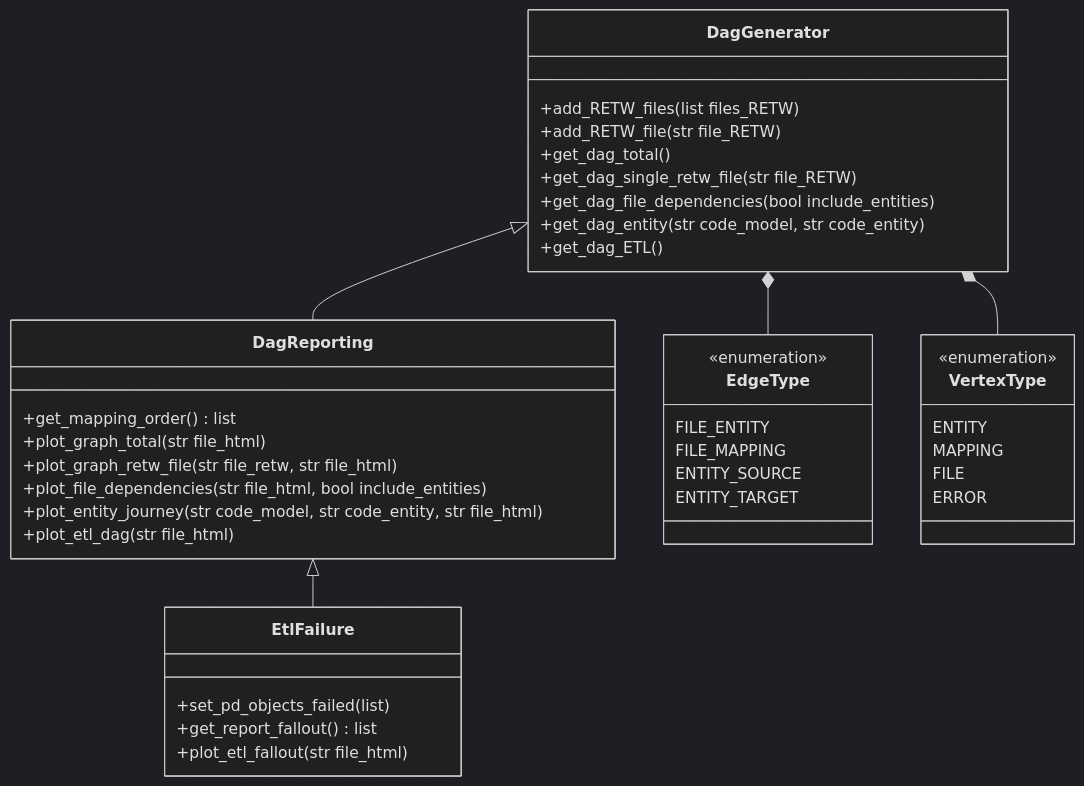
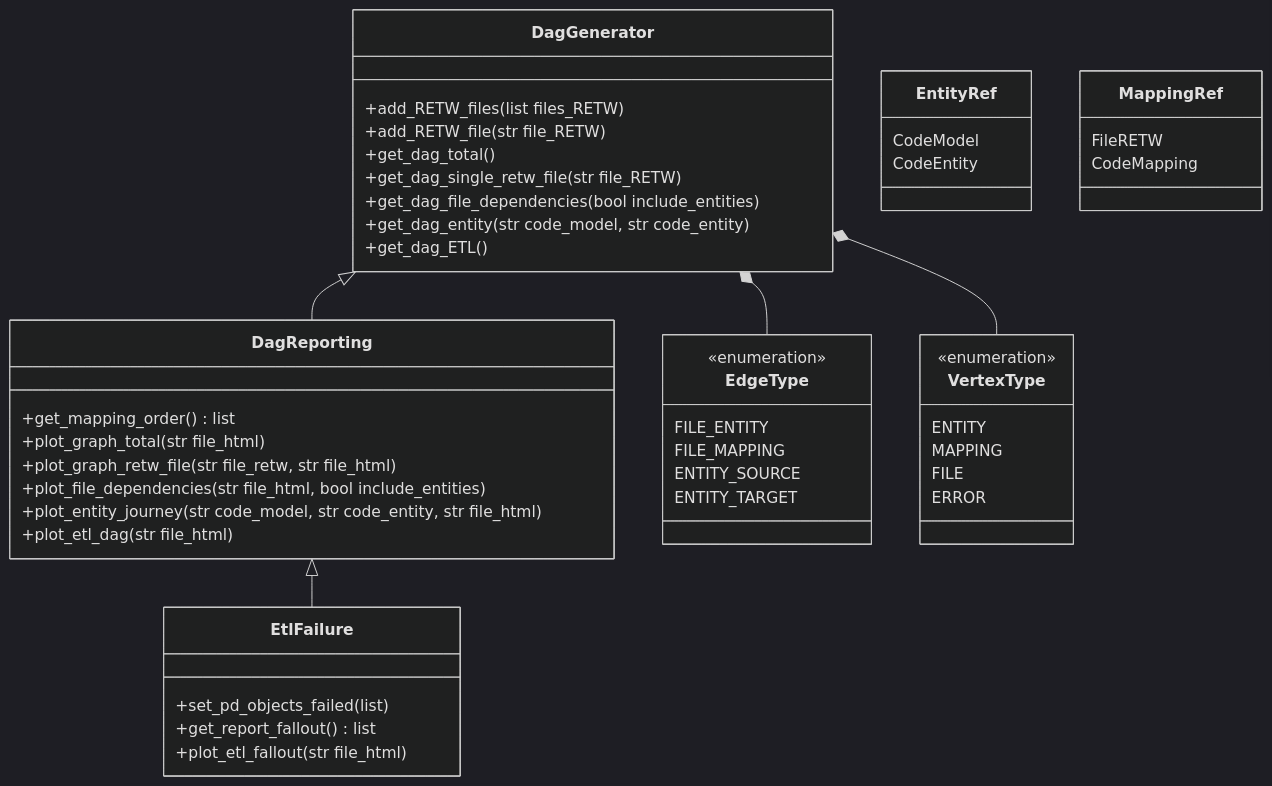
The third of 3 diagrams in README.md (mark-me/mapping-dependencies), drawn with Mermaid (dark theme) before and after one commit. The commit also changed other lines of this file and 4 other files, not shown here.

````diff
--- a/README.md
+++ b/README.md
@@ -103,49 +103,57 @@
 ```mermaid
 ---
   config:
     class:
       hideEmptyMembersBox: true
 ---
 classDiagram
   DagGenerator <|-- DagReporting
   DagReporting <|-- EtlFailure
   DagGenerator *-- EdgeType
   DagGenerator *-- VertexType
 
+  class EntityRef{
+    CodeModel
+    CodeEntity
+  }
+  class MappingRef{
+    FileRETW
+    CodeMapping
+  }
   class VertexType{
     <<enumeration>>
     ENTITY
     MAPPING
     FILE
     ERROR
   }
   class EdgeType{
     <<enumeration>>
     FILE_ENTITY
     FILE_MAPPING
     ENTITY_SOURCE
     ENTITY_TARGET
   }
   class DagGenerator{
     +add_RETW_files(list files_RETW)
     +add_RETW_file(str file_RETW)
     +get_dag_total()
     +get_dag_single_retw_file(str file_RETW)
     +get_dag_file_dependencies(bool include_entities)
     +get_dag_entity(str code_model, str code_entity)
     +get_dag_ETL()
   }
   class DagReporting{
     +get_mapping_order() list
     +plot_graph_total(str file_html)
     +plot_graph_retw_file(str file_retw, str file_html)
     +plot_file_dependencies(str file_html, bool include_entities)
     +plot_entity_journey(str code_model, str code_entity, str file_html)
     +plot_etl_dag(str file_html)
   }
   class EtlFailure{
     +set_pd_objects_failed(list)
     +get_report_fallout() list
     +plot_etl_fallout(str file_html)
   }
 ```
````
